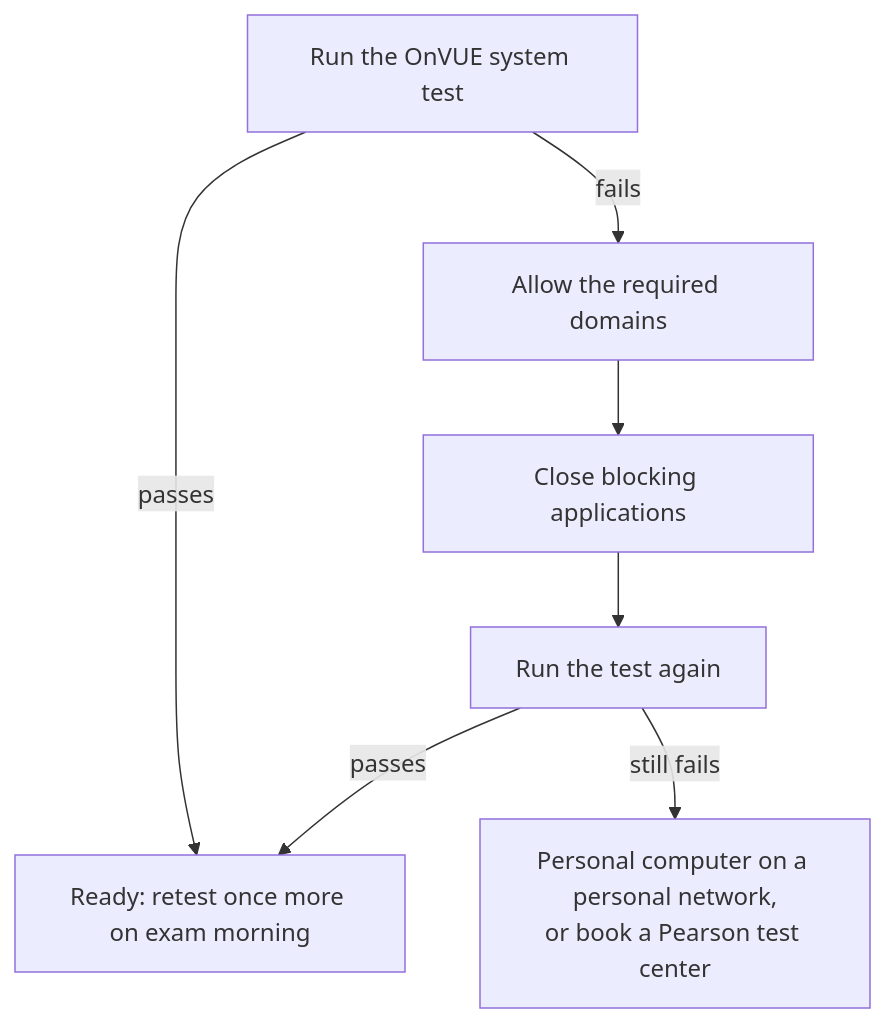
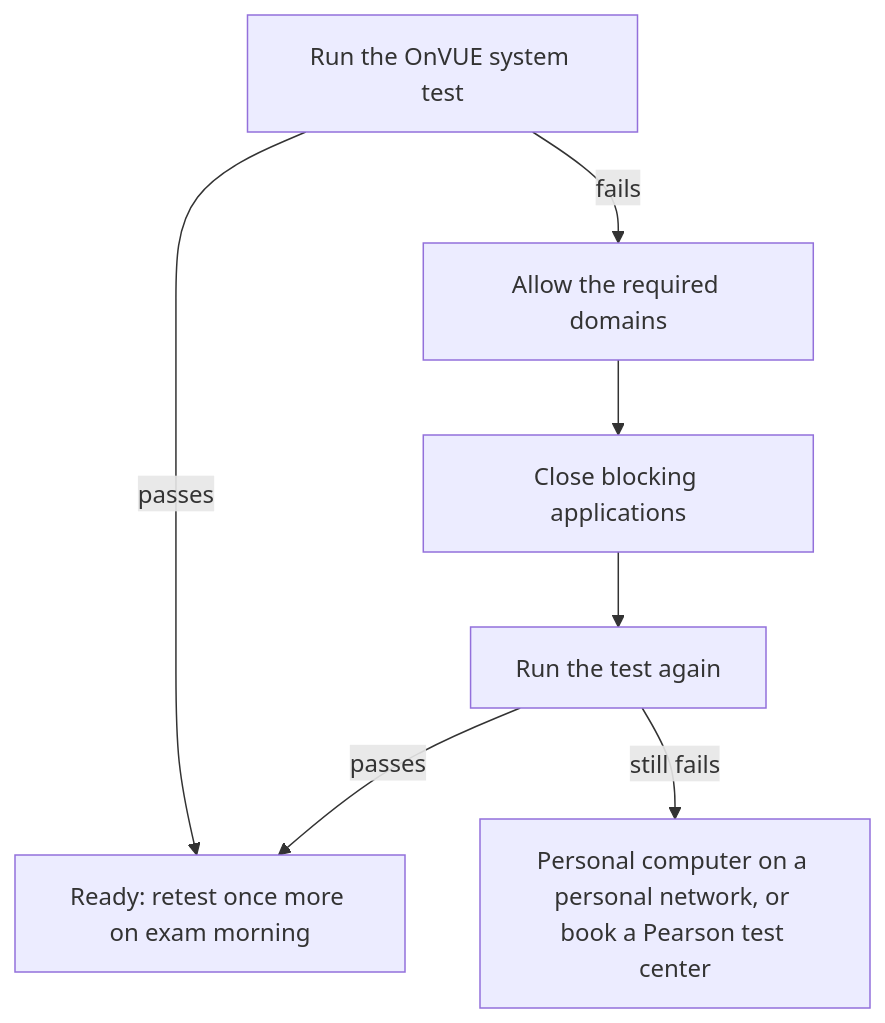
One commit to Amey-Thakur/CLAUDE-CERTIFICATIONS changed the second of 3 diagrams in guide/registration.md. Above: the diagram before and after it, drawn with Mermaid. The commit also changed other lines of this file and 3 other files, not shown here.

````diff
--- a/guide/registration.md
+++ b/guide/registration.md
@@ -68,10 +67,9 @@
 ```mermaid
 flowchart TD
     T[Run the OnVUE system test] -->|passes| OK[Ready: retest once more on exam morning]
     T -->|fails| S2[Allow the required domains]
     S2 --> S3[Close blocking applications]
     S3 --> T2[Run the test again]
     T2 -->|passes| OK
-    T2 -->|still fails| ALT[Personal computer on a personal network,
-or book a Pearson test center]
+    T2 -->|still fails| ALT[Personal computer on a personal network, or book a Pearson test center]
 ```
````
